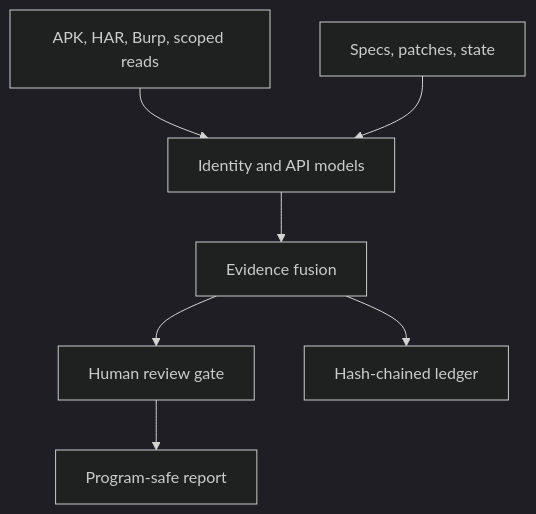
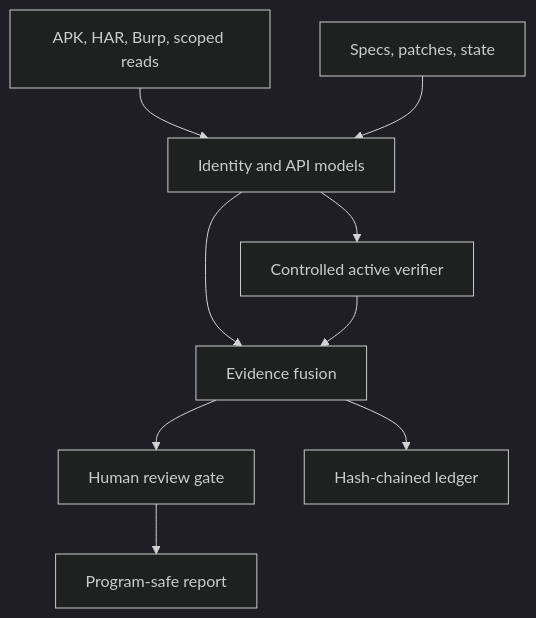
The diagram in README.md (MEZ111/barq-crs), drawn with Mermaid (dark theme) before and after one commit. The commit also changed other lines of this file and 21 other files, not shown here.

````diff
--- a/README.md
+++ b/README.md
@@ -49,9 +76,11 @@
 ```mermaid
 flowchart TD
     A["APK, HAR, Burp, scoped reads"] --> B["Identity and API models"]
     C["Specs, patches, state"] --> B
+    B --> V["Controlled active verifier"]
     B --> D["Evidence fusion"]
+    V --> D
     D --> E["Human review gate"]
     E --> F["Program-safe report"]
     D --> G["Hash-chained ledger"]
 ```
````
